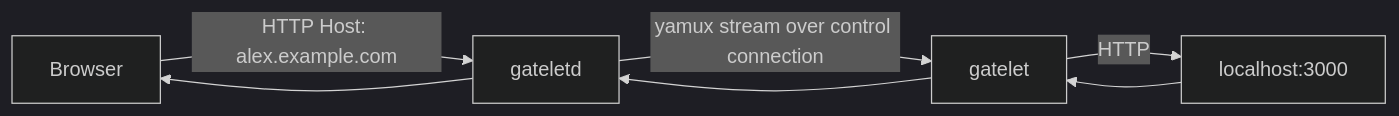
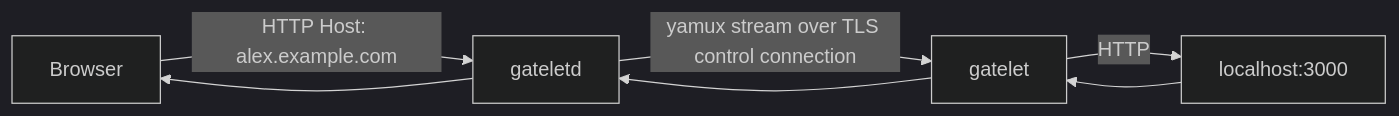
Before and after one commit to alex-oleshkevich/gatelet: the diagram in README.md, drawn with Mermaid (dark theme). The commit also changed other lines of this file and 11 other files, not shown here.

````diff
--- a/README.md
+++ b/README.md
@@ -12,7 +12,7 @@
 ```mermaid
 flowchart LR
     Browser[Browser] -->|HTTP Host: alex.example.com| Relay[gateletd]
-    Relay -->|yamux stream over control connection| Client[gatelet]
+    Relay -->|yamux stream over TLS control connection| Client[gatelet]
     Client -->|HTTP| Local[localhost:3000]
     Local --> Client --> Relay --> Browser
 ```
````
